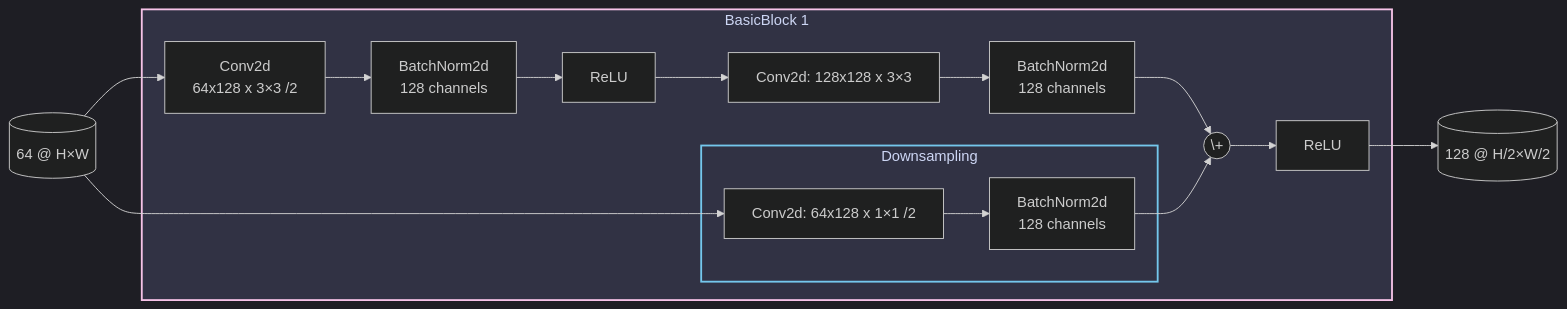
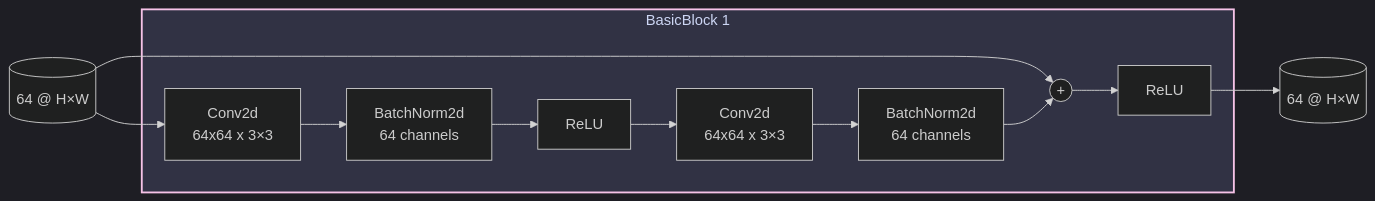
The fourth of 5 diagrams in docs/Image-models-replication.md (dicaeopolis/dicaeopolis.github.io), drawn with Mermaid before and after one commit. The commit also changed other lines of this file, not shown here.

````diff
--- a/docs/Image-models-replication.md
+++ b/docs/Image-models-replication.md
@@ -1122,39 +1122,31 @@
 ```mermaid
 %%{init: {'theme': 'dark', 'themeVariables': { 'darkMode': true, 'primaryColor': '#1e1e2e', 'edgeLabelBackground':'#313244', 'tertiaryColor': '#181825'}}}%%
 graph LR
     %% Styling definitions
     classDef box fill:#313244,stroke:#cdd6f4,stroke-width:2px,color:#cdd6f4,radius:8px;
     classDef residual fill:#313244,stroke:#f5c2e7,stroke-width:2px,color:#cdd6f4;
-    classDef downsample fill:#313244,stroke:#74c7ec,stroke-width:2px,color:#cdd6f4;
 
-    %% BasicBlock Structure (With Downsample)
-    subgraph BasicBlockWithDS["BasicBlock 1"]
-        A["Conv2d <br> 64x128 x 3×3 /2"] 
-        B["BatchNorm2d <br> 128 channels"]
+    %% BasicBlock Structure (No Downsample)
+    subgraph BasicBlockNoDS["BasicBlock 1"]
+        A["Conv2d <br> 64x64 x 3×3"] 
+        B["BatchNorm2d <br> 64 channels"]
         C["ReLU"]
-        D["Conv2d: 128x128 x 3×3"] 
-        E["BatchNorm2d <br> 128 channels"]
-        F(("\+"))
+        D["Conv2d <br> 64x64 x 3×3"] 
+        E["BatchNorm2d <br> 64 channels"]
+        F(("+"))
         G["ReLU"]
-        
-        subgraph Downsample["Downsampling"]
-            H["Conv2d: 64x128 x 1×1 /2"]
-            I["BatchNorm2d <br> 128 channels"]
-        end
     end
     
     %% Input
     Input[("64 @ H×W")] --> A
-    Input --> H
+    Input --> F
     
     %% Connections
     A --> B --> C --> D --> E --> F
-    H --> I --> F
     F --> G
     
     %% Output
-    G --> Output[("128 @ H/2×W/2")]
+    G --> Output[("64 @ H×W")]
     
-    class BasicBlockWithDS residual;
-    class Downsample downsample;
+    class BasicBlockNoDS residual;
 ```
````
